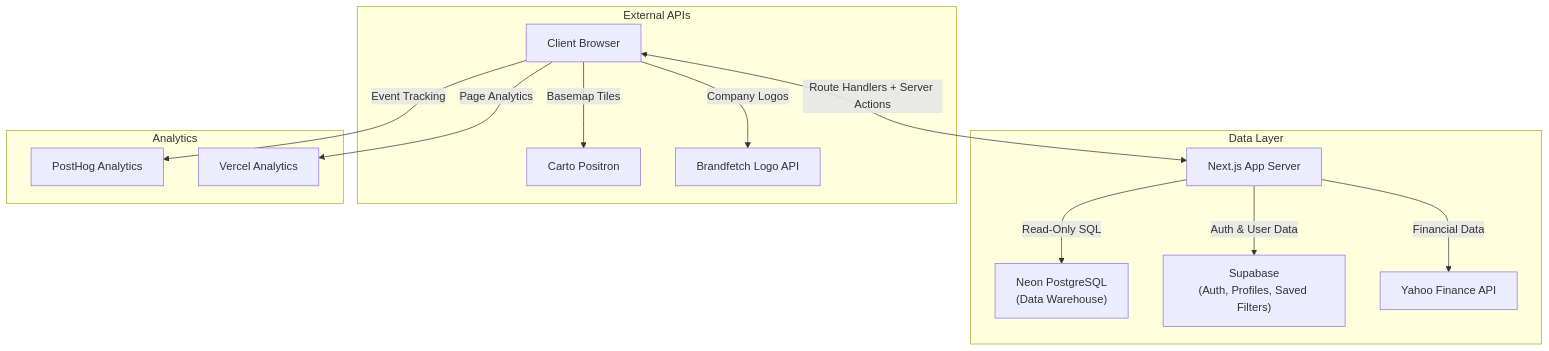
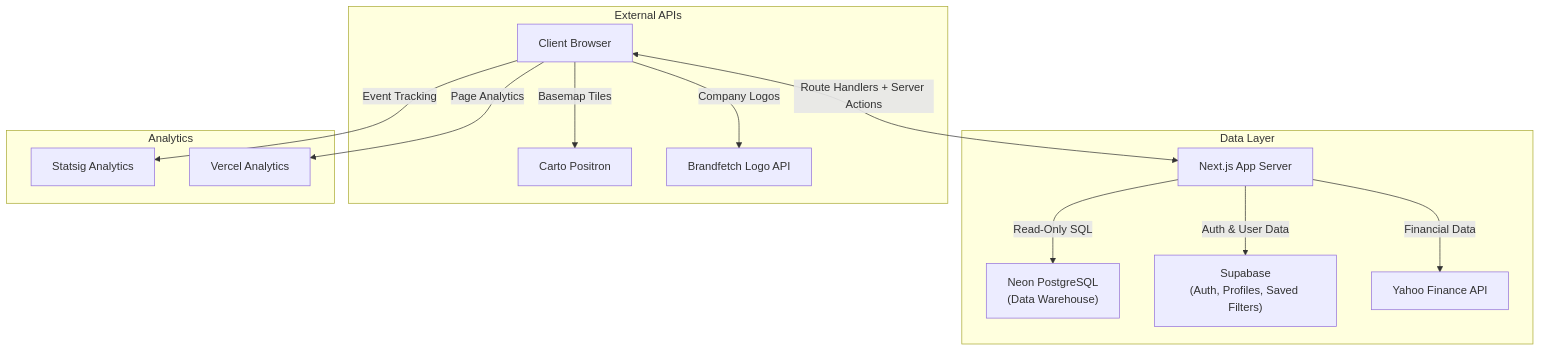
One commit to Bamboo-Reports/bamboo-reports-main changed the diagram in README.md. Above: the diagram before and after it, drawn with Mermaid. The commit also changed other lines of this file and 9 other files, not shown here.

First line of the commit message:
feat(analytics): replace PostHog with Statsig

````diff
--- a/README.md
+++ b/README.md
@@ -109,20 +109,20 @@
 ```mermaid
 graph TD
     Client[Client Browser] <-->|Route Handlers + Server Actions| AppServer[Next.js App Server]
 
     subgraph Data Layer
         AppServer -->|Read-Only SQL| Neon["Neon PostgreSQL<br/>(Data Warehouse)"]
         AppServer -->|Auth & User Data| Supabase["Supabase<br/>(Auth, Profiles, Saved Filters)"]
         AppServer -->|Financial Data| YahooFinance["Yahoo Finance API"]
     end
 
     subgraph External APIs
         Client -->|Basemap Tiles| Carto[Carto Positron]
         Client -->|Company Logos| Brandfetch[Brandfetch Logo API]
     end
 
     subgraph Analytics
-        Client -->|Event Tracking| PostHog[PostHog Analytics]
+        Client -->|Event Tracking| Statsig[Statsig Analytics]
         Client -->|Page Analytics| Vercel[Vercel Analytics]
     end
 ```
````
